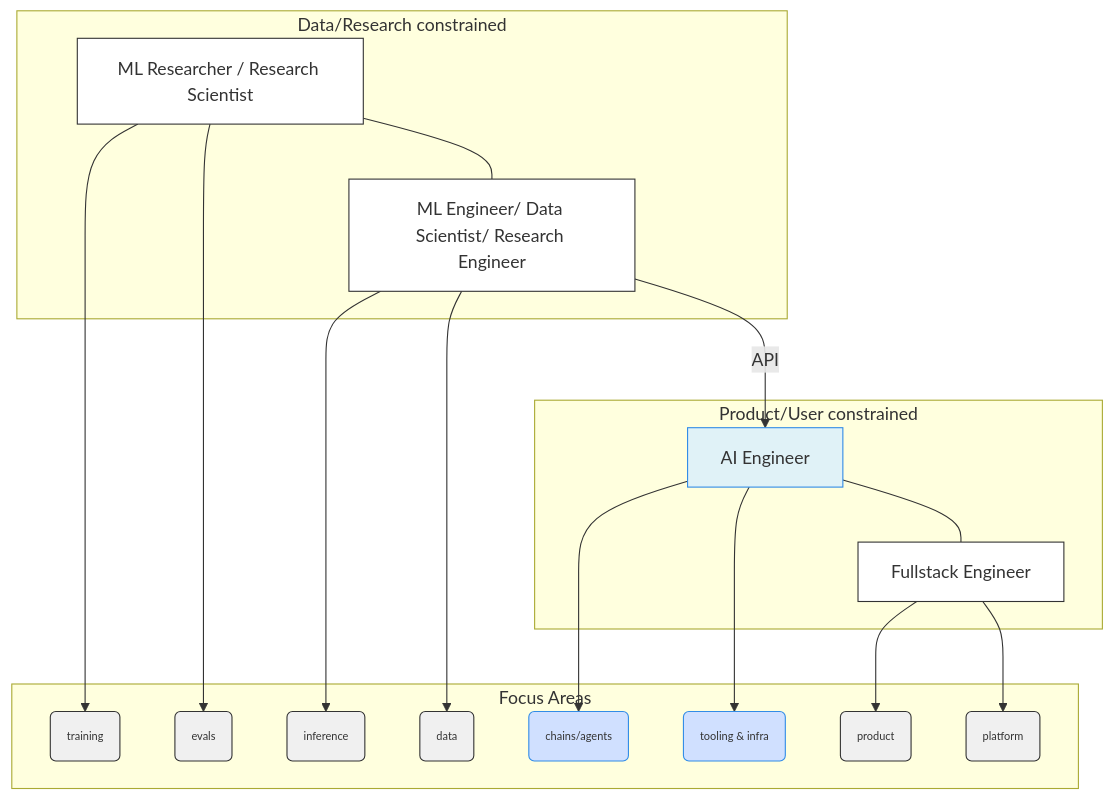
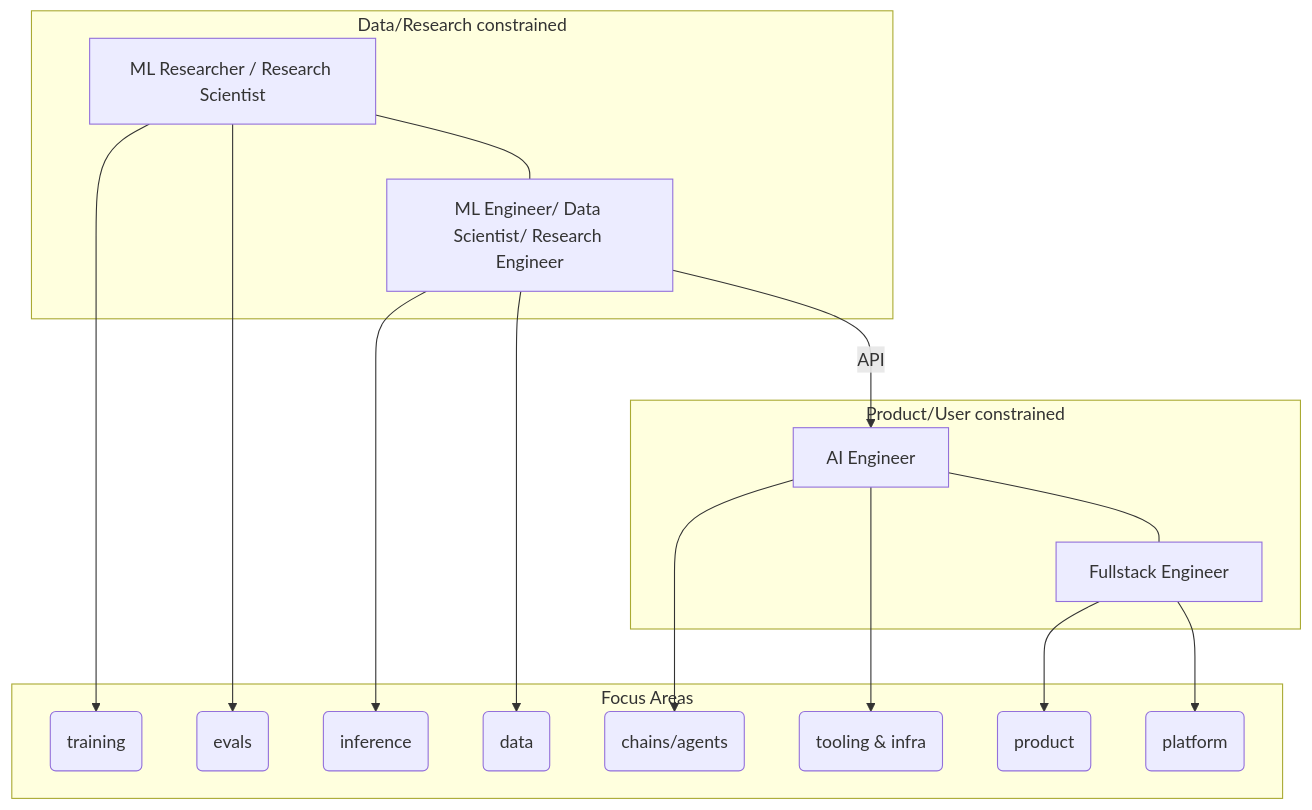
The diagram in docs/ai-professions.md (dmenezesgabriel/datadev), drawn with Mermaid before and after one commit. The commit also changed 4 other files, not shown here.

````diff
--- a/docs/ai-professions.md
+++ b/docs/ai-professions.md
@@ -3,53 +3,39 @@
 ```mermaid
 graph TD
     subgraph Data/Research constrained
         MR[ML Researcher / Research Scientist]
         MLED[ML Engineer/ Data Scientist/ Research Engineer]
     end
 
     subgraph Product/User constrained
         AIE[AI Engineer]
         FE[Fullstack Engineer]
     end
 
     subgraph Focus Areas
         T(training)
         E(evals)
         I(inference)
         D(data)
         C(chains/agents)
         TI(tooling & infra)
         P(product)
         PL(platform)
     end
 
     MR --- MLED
     MLED -- API --> AIE
     AIE --- FE
 
     MR --> T
     MR --> E
 
     MLED --> I
     MLED --> D
 
     AIE --> C
     AIE --> TI
 
     FE --> P
     FE --> PL
-
-    style MR fill:#fff,stroke:#333
-    style MLED fill:#fff,stroke:#333
-    style AIE fill:#e0f2f7,stroke:#318ce7
-    style FE fill:#fff,stroke:#333
-
-    style T fill:#f0f0f0,stroke:#333,font-size:10px
-    style E fill:#f0f0f0,stroke:#333,font-size:10px
-    style I fill:#f0f0f0,stroke:#333,font-size:10px
-    style D fill:#f0f0f0,stroke:#333,font-size:10px
-    style C fill:#d0e0ff,stroke:#318ce7,font-size:10px
-    style TI fill:#d0e0ff,stroke:#318ce7,font-size:10px
-    style P fill:#f0f0f0,stroke:#333,font-size:10px
-    style PL fill:#f0f0f0,stroke:#333,font-size:10px
 ```
````
